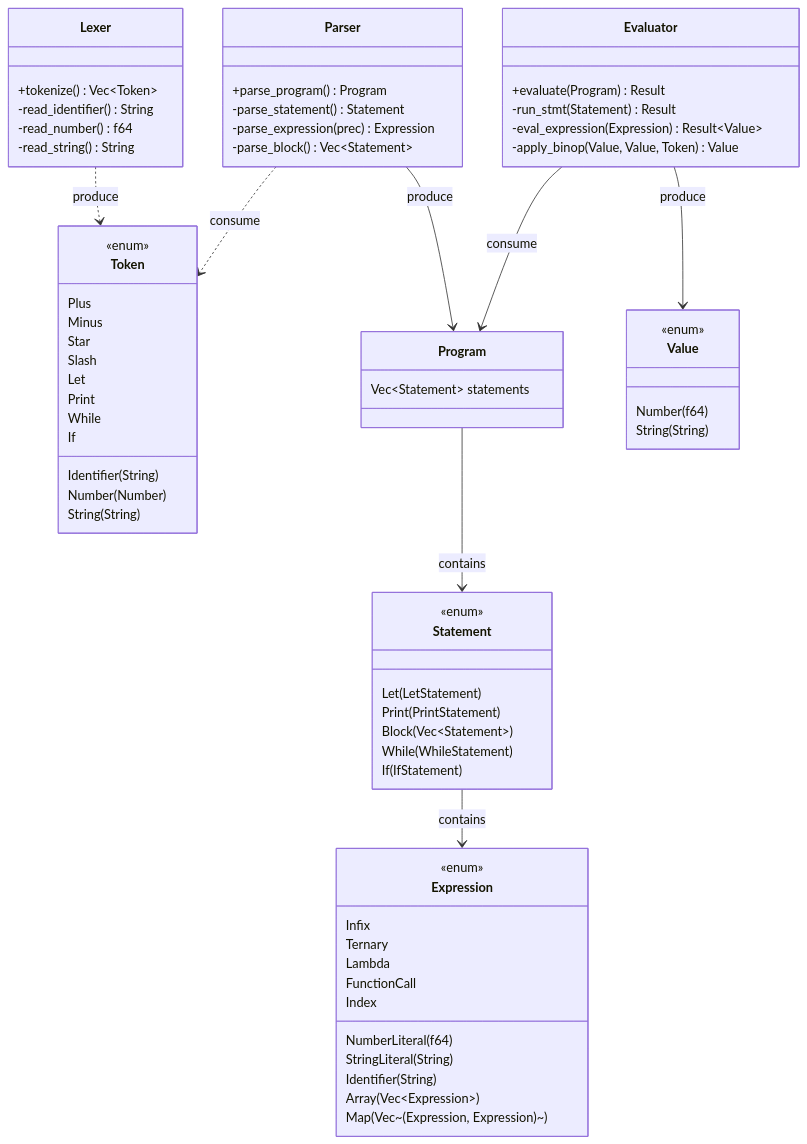
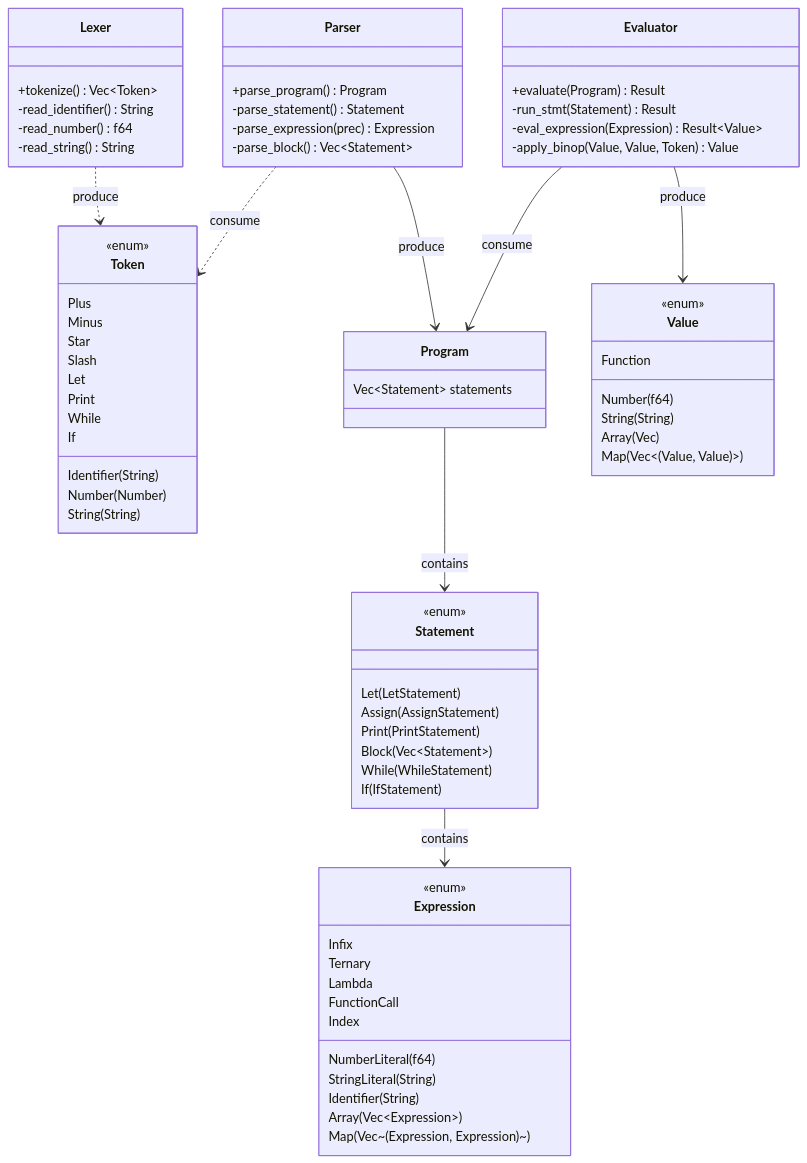
One commit to aratan/hacklang changed the second of 2 diagrams in README.md. Above: the diagram before and after it, drawn with Mermaid. The commit also changed other lines of this file, not shown here.

````diff
--- a/README.md
+++ b/README.md
@@ -19,72 +19,76 @@
 ```mermaid
 classDiagram
     class Lexer {
         +tokenize() Vec~Token~
         -read_identifier() String
         -read_number() f64
         -read_string() String
     }
     class Token {
         <<enum>>
         Plus
         Minus
         Star
         Slash
         Let
         Print
         While
         If
         Identifier(String)
         Number(Number)
         String(String)
     }
     class Parser {
         +parse_program() Program
         -parse_statement() Statement
         -parse_expression(prec) Expression
         -parse_block() Vec~Statement~
     }
     class Program {
         Vec~Statement~ statements
     }
     class Statement {
         <<enum>>
         Let(LetStatement)
+        Assign(AssignStatement)
         Print(PrintStatement)
         Block(Vec~Statement~)
         While(WhileStatement)
         If(IfStatement)
     }
     class Expression {
         <<enum>>
         NumberLiteral(f64)
         StringLiteral(String)
         Identifier(String)
         Infix
         Ternary
         Lambda
         FunctionCall
         Array(Vec~Expression~)
         Map(Vec~(Expression, Expression)~)
         Index
     }
     class Evaluator {
         +evaluate(Program) Result
         -run_stmt(Statement) Result
         -eval_expression(Expression) Result~Value~
         -apply_binop(Value, Value, Token) Value
     }
     class Value {
         <<enum>>
         Number(f64)
         String(String)
+        Array(Vec<Value>)
+        Map(Vec<(Value, Value)>)
+        Function
     }
 
     Lexer ..> Token : produce
     Parser ..> Token : consume
     Parser --> Program : produce
     Program --> Statement : contains
     Statement --> Expression : contains
     Evaluator --> Program : consume
     Evaluator --> Value : produce
 ```
````
